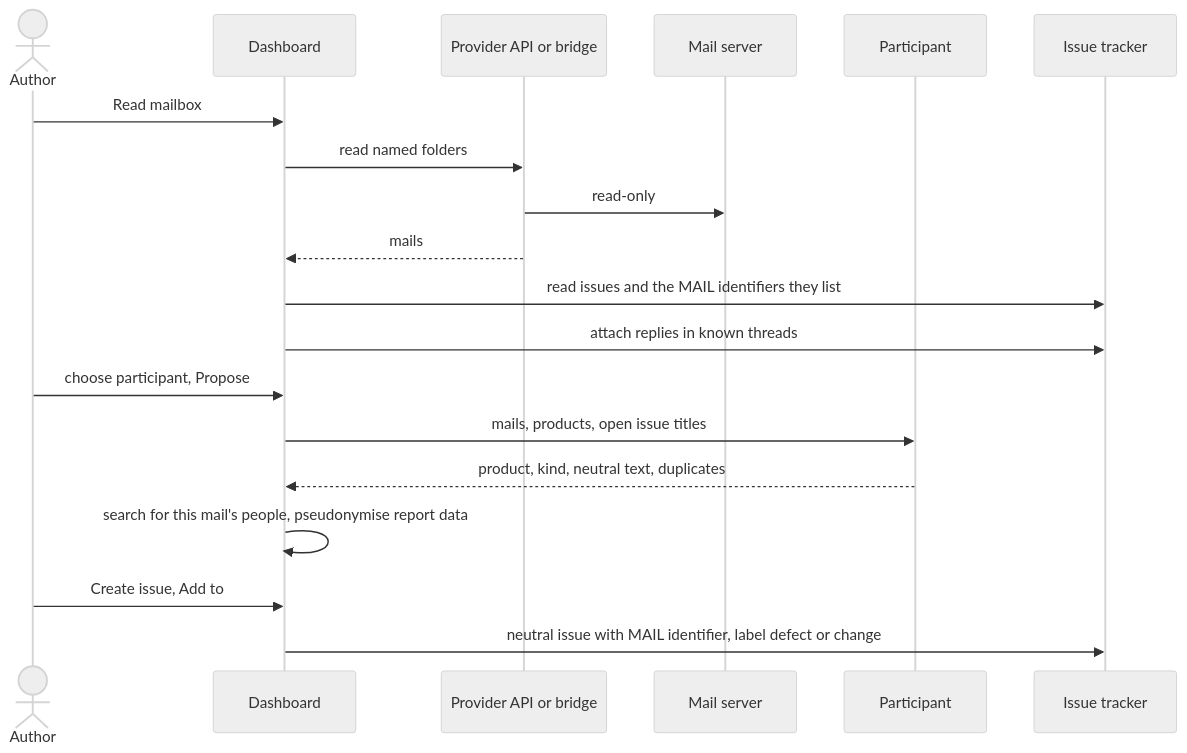
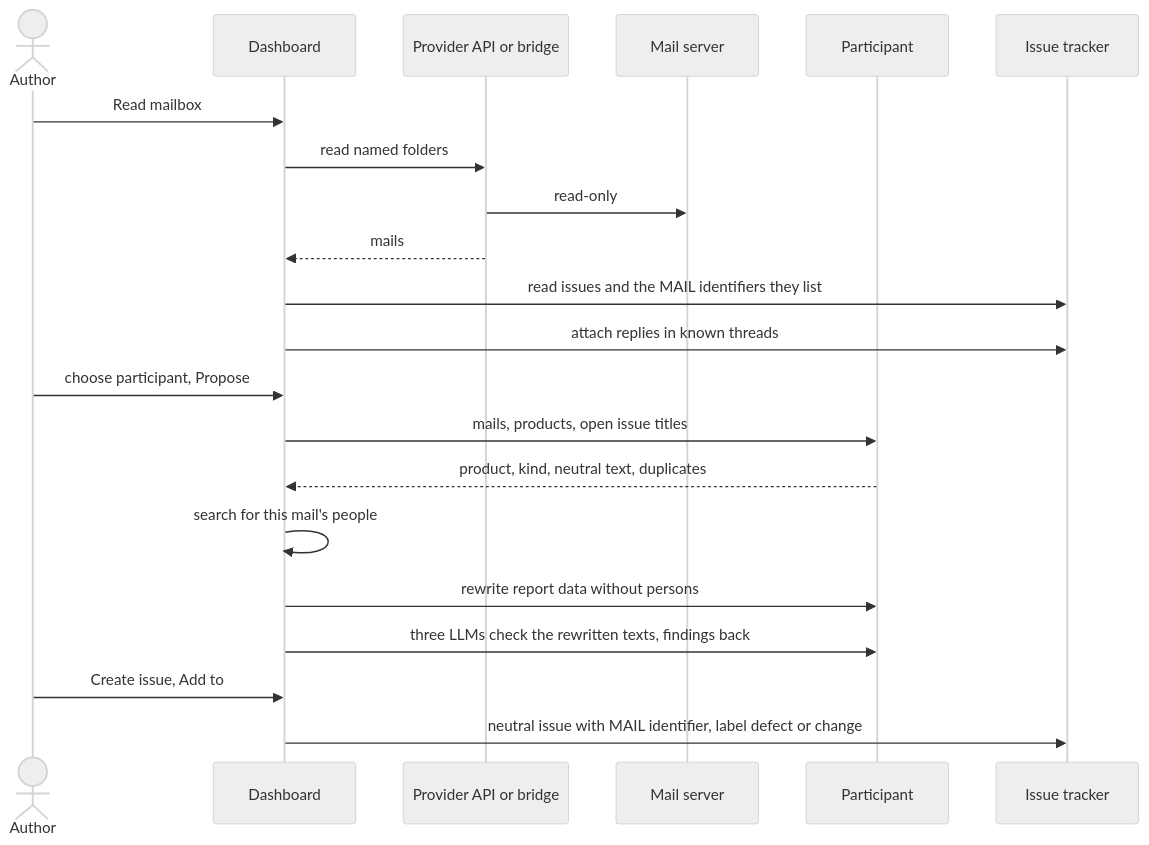
Before and after one commit to akmaier/agent-m: the diagram in docs/use-cases/UC-038-turn-mails-into-issues.md, drawn with Mermaid (neutral theme). The commit also changed other lines of this file and 6 other files, not shown here.

````diff
--- a/docs/use-cases/UC-038-turn-mails-into-issues.md
+++ b/docs/use-cases/UC-038-turn-mails-into-issues.md
@@ -119,21 +127,23 @@
 ```mermaid
 sequenceDiagram
     actor A as Author
     participant D as Dashboard
     participant B as Provider API or bridge
     participant S as Mail server
     participant P as Participant
     participant I as Issue tracker
     A->>D: Read mailbox
     D->>B: read named folders
     B->>S: read-only
     B-->>D: mails
     D->>I: read issues and the MAIL identifiers they list
     D->>I: attach replies in known threads
     A->>D: choose participant, Propose
     D->>P: mails, products, open issue titles
     P-->>D: product, kind, neutral text, duplicates
-    D->>D: search for this mail's people, pseudonymise report data
+    D->>D: search for this mail's people
+    D->>P: rewrite report data without persons
+    D->>P: three LLMs check the rewritten texts, findings back
     A->>D: Create issue, Add to #n, or Not an issue
     D->>I: neutral issue with MAIL identifier, label defect or change
 ```
````
